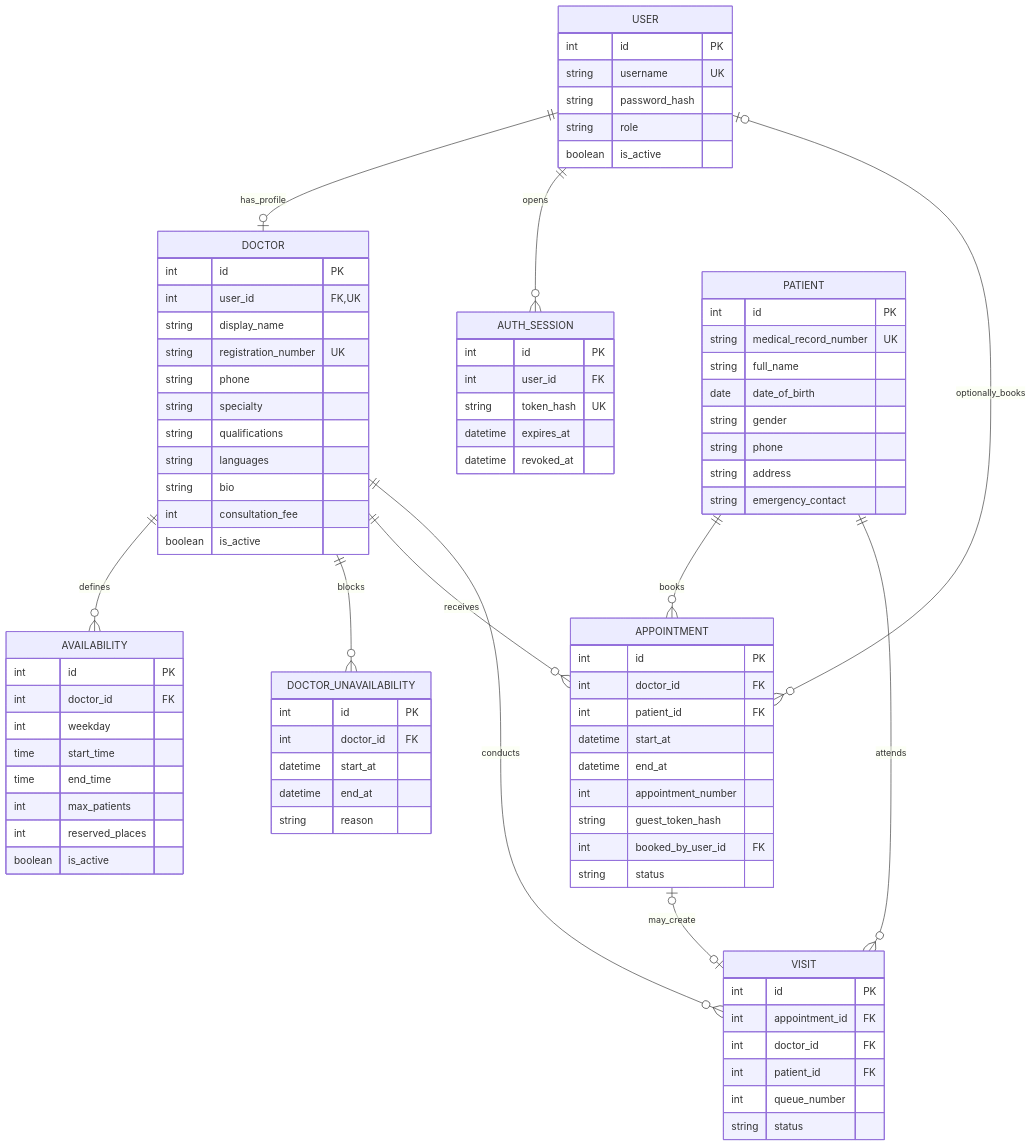
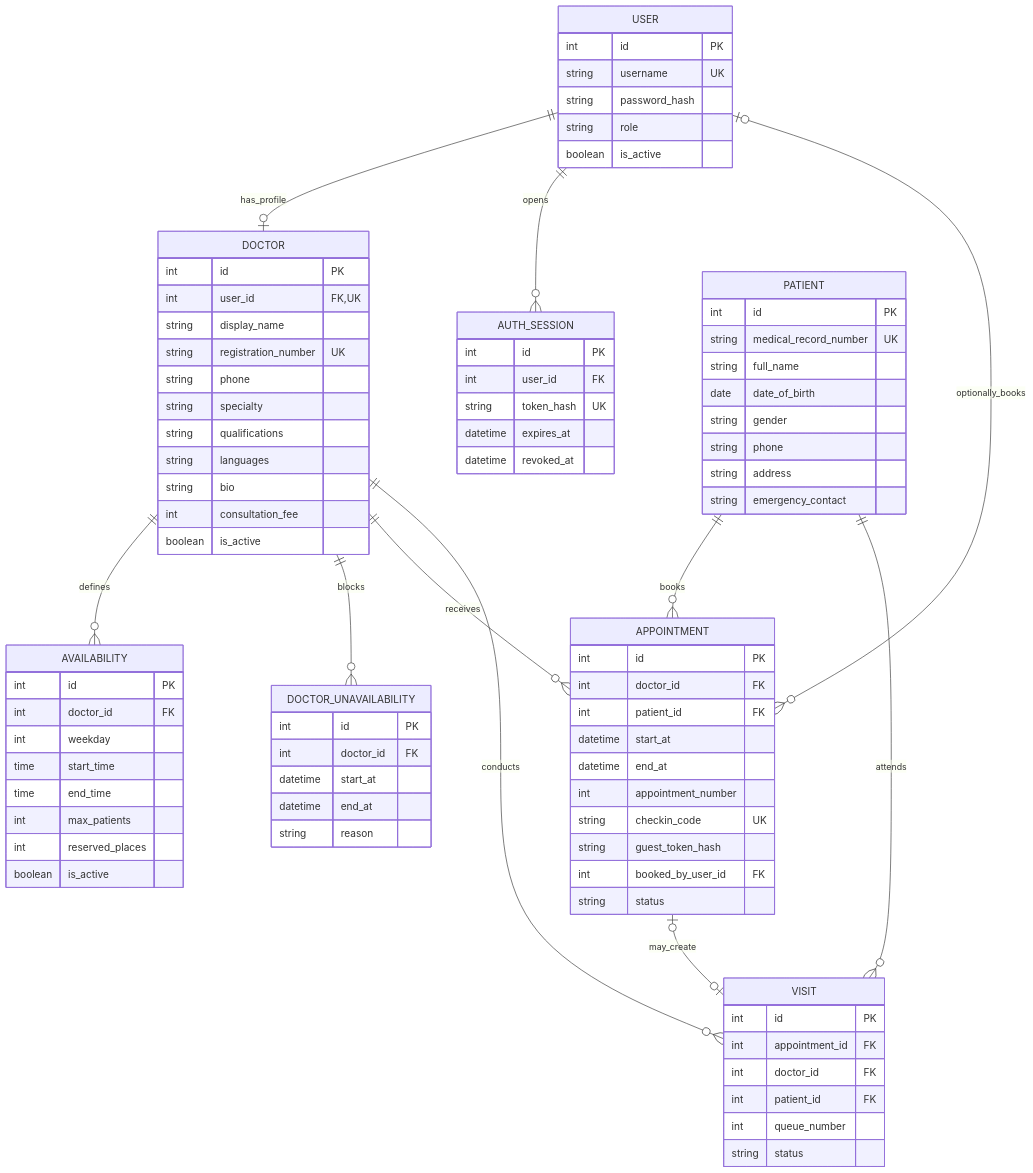
Before and after one commit to vidurukalpana/medical-clinic-management-web-app: the diagram in README.md, drawn with Mermaid. The commit also changed other lines of this file and 19 other files, not shown here.

```diff
--- a/README.md
+++ b/README.md
@@ -434,6 +437,7 @@
         datetime start_at
         datetime end_at
         int appointment_number
+        string checkin_code UK
         string guest_token_hash
         int booked_by_user_id FK
         string status
```
